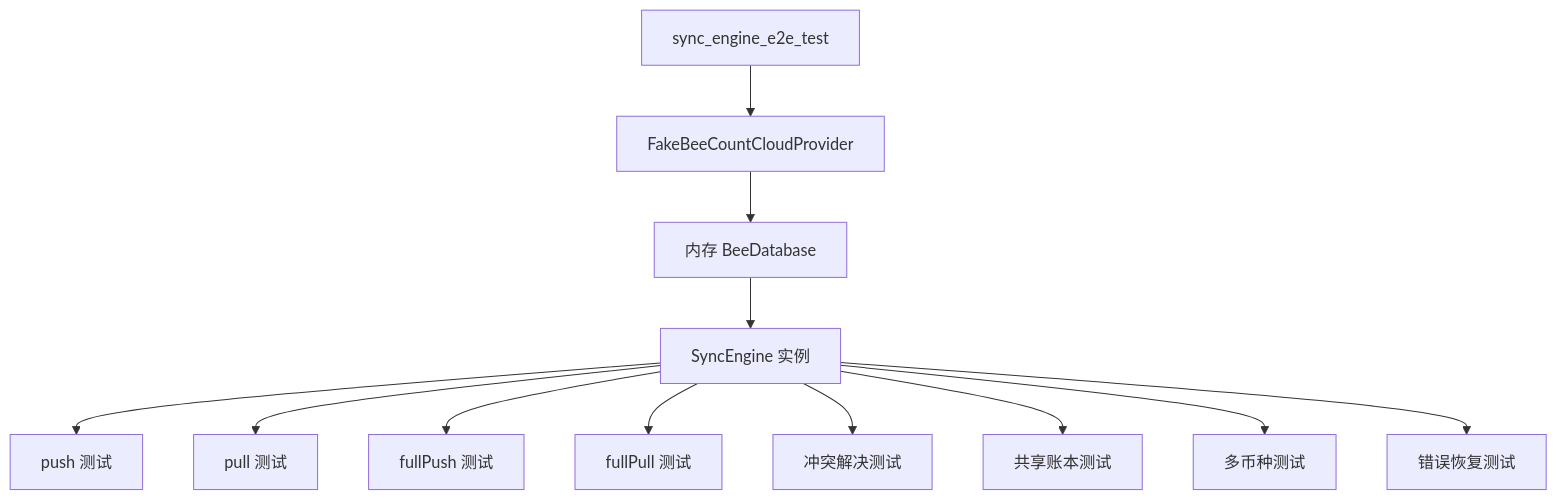
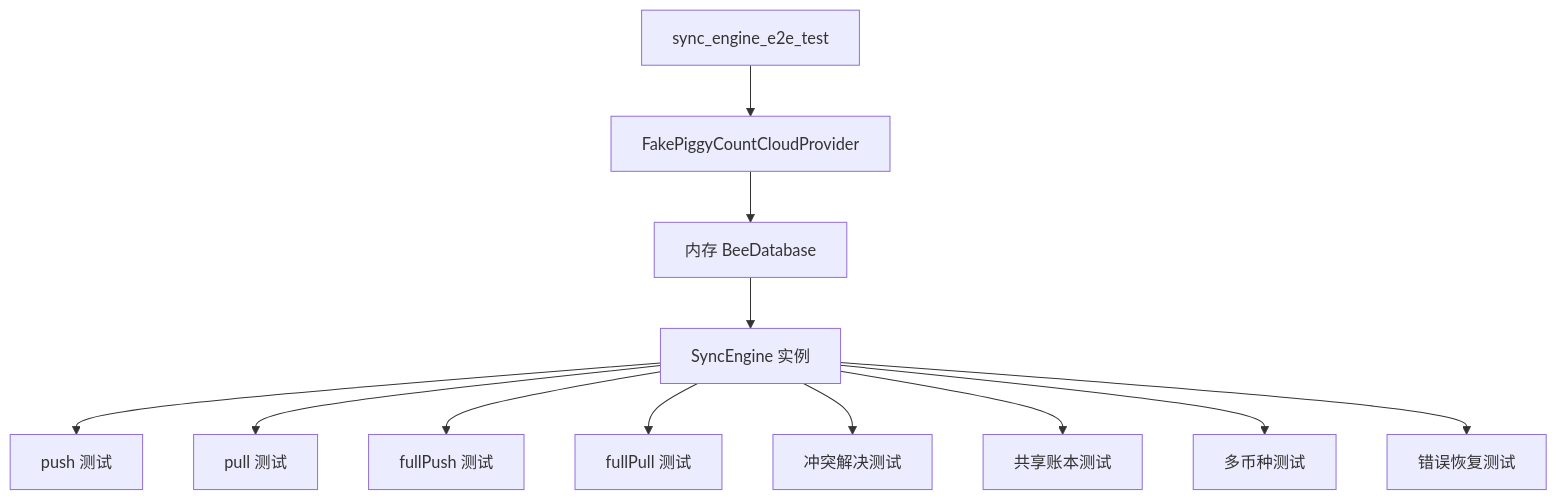
One commit to mecoren/PiggyCount changed the third of 5 diagrams in docoments/10-testing-strategy.md. Above: the diagram before and after it, drawn with Mermaid. The commit also changed other lines of this file and 91 other files, not shown here.

````diff
--- a/docoments/10-testing-strategy.md
+++ b/docoments/10-testing-strategy.md
@@ -258,15 +258,15 @@
 ```mermaid
 flowchart TD
-    A[sync_engine_e2e_test] --> B[FakeBeeCountCloudProvider]
+    A[sync_engine_e2e_test] --> B[FakePiggyCountCloudProvider]
     B --> C[内存 BeeDatabase]
     C --> D[SyncEngine 实例]
 
     D --> E[push 测试]
     D --> F[pull 测试]
     D --> G[fullPush 测试]
     D --> H[fullPull 测试]
     D --> I[冲突解决测试]
     D --> J[共享账本测试]
     D --> K[多币种测试]
     D --> L[错误恢复测试]
 ```
````
